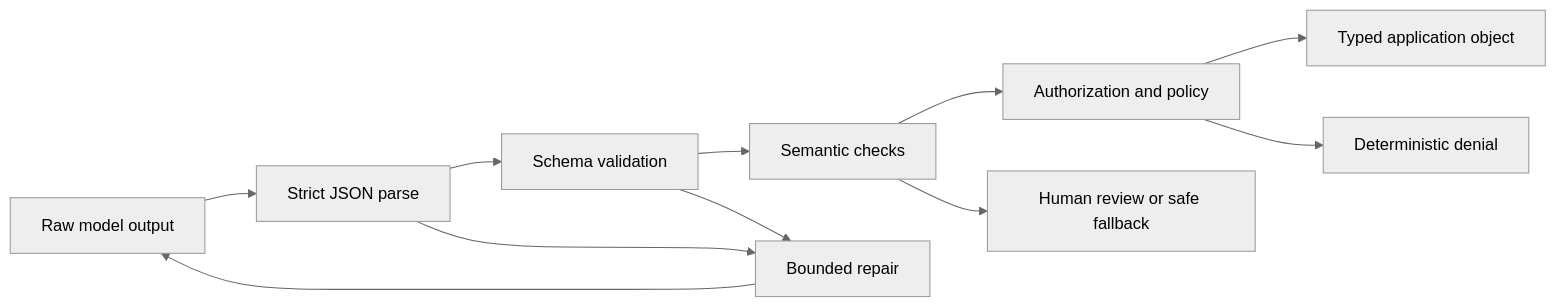
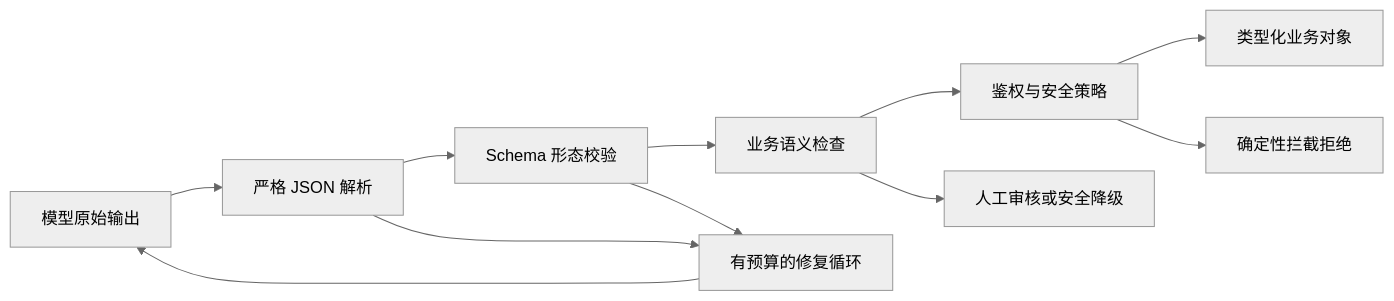
Before and after one commit to cluster1900/ai-engineering-from-scratch-zh: the diagram in certifications/claude/lessons/09-structured-output-and-defensive-parsing/docs/en.md, drawn with Mermaid (neutral theme). The commit also changed other lines of this file and 187 other files, not shown here.

````diff
--- a/certifications/claude/lessons/09-structured-output-and-defensive-parsing/docs/en.md
+++ b/certifications/claude/lessons/09-structured-output-and-defensive-parsing/docs/en.md
@@ -45,13 +45,13 @@
 ```mermaid
 flowchart LR
-    Raw[Raw model output] --> Parse[Strict JSON parse]
-    Parse --> Schema[Schema validation]
-    Schema --> Meaning[Semantic checks]
-    Meaning --> Policy[Authorization and policy]
-    Policy --> Consume[Typed application object]
-    Parse --> Repair[Bounded repair]
+    Raw[模型原始输出] --> Parse[严格 JSON 解析]
+    Parse --> Schema[Schema 形态校验]
+    Schema --> Meaning[业务语义检查]
+    Meaning --> Policy[鉴权与安全策略]
+    Policy --> Consume[类型化业务对象]
+    Parse --> Repair[有预算的修复循环]
     Schema --> Repair
-    Meaning --> Escalate[Human review or safe fallback]
-    Policy --> Deny[Deterministic denial]
+    Meaning --> Escalate[人工审核或安全降级]
+    Policy --> Deny[确定性拦截拒绝]
     Repair --> Raw
 ```
````
